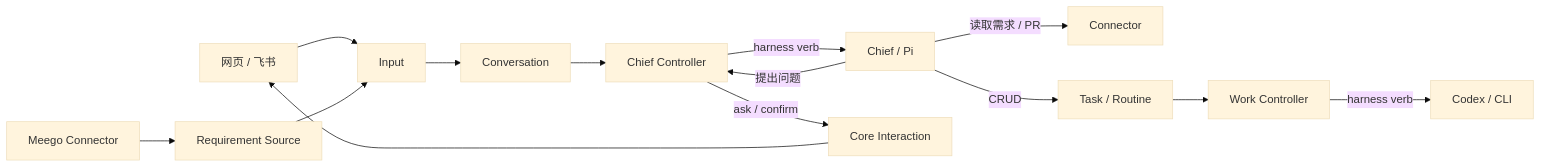
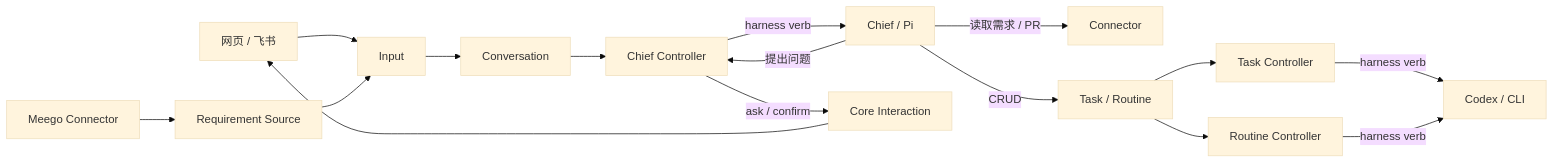
Before and after one commit to compforge/aide: the diagram in docs/chief.md, drawn with Mermaid (base theme). The commit also changed other lines of this file and 19 other files, not shown here.

First line of the commit message:
refactor: give Task and Routine separate resources and reconcilers

````diff
--- a/docs/chief.md
+++ b/docs/chief.md
@@ -5,16 +5,18 @@
 ```mermaid
 flowchart LR
   Channel[网页 / 飞书] --> Input[Input]
   Meego[Meego Connector] --> Source[Requirement Source]
   Source --> Input
   Input --> Conversation[Conversation]
   Conversation --> Controller[Chief Controller]
   Controller -->|harness verb| Pi[Chief / Pi]
   Pi -->|读取需求 / PR| Connector[Connector]
   Pi -->|CRUD| Work[Task / Routine]
   Pi -->|提出问题| Controller
   Controller -->|ask / confirm| Interaction[Core Interaction]
   Interaction --> Channel
-  Work --> Reconcile[Work Controller]
-  Reconcile -->|harness verb| Codex[Codex / CLI]
+  Work --> Task[Task Controller]
+  Work --> Routine[Routine Controller]
+  Task -->|harness verb| Codex[Codex / CLI]
+  Routine -->|harness verb| Codex
 ```
````
